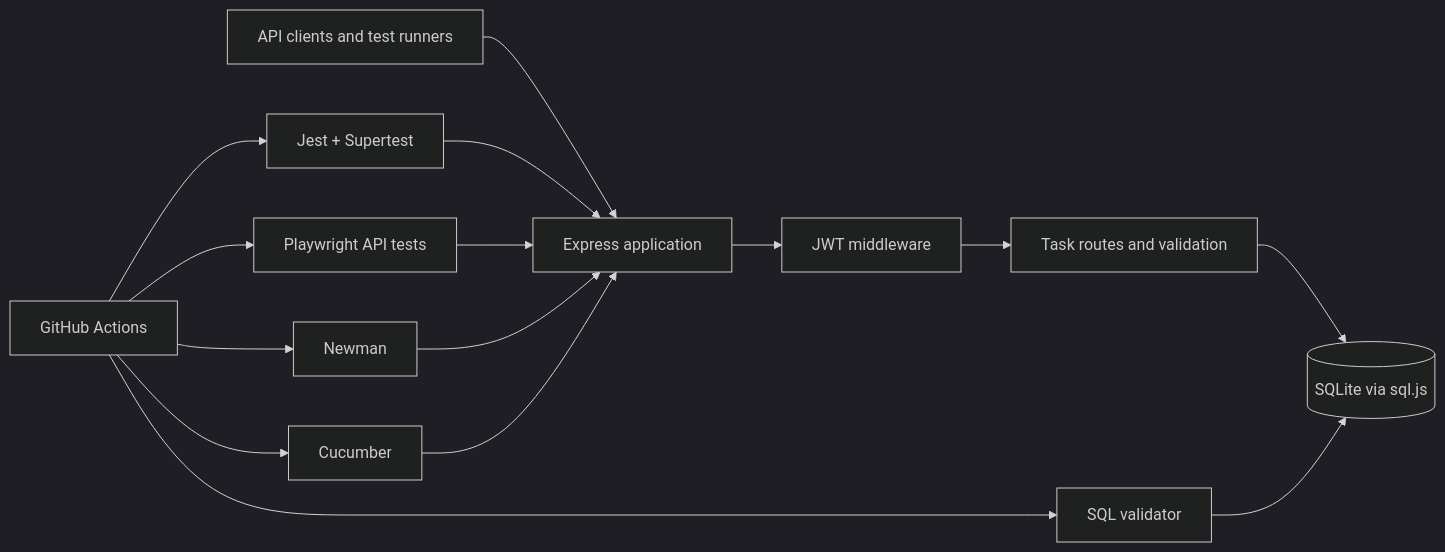
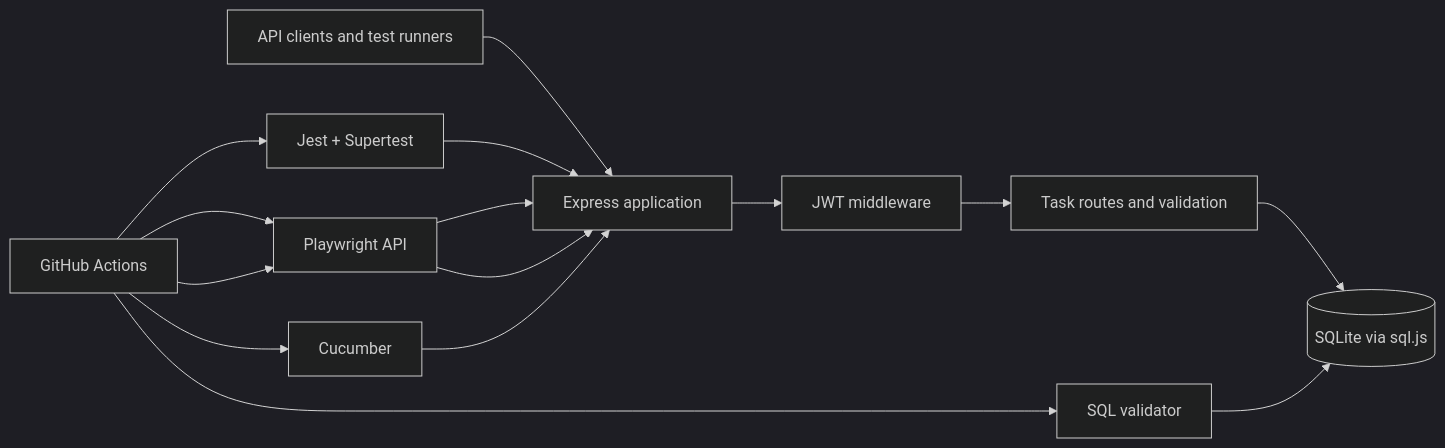
The diagram in docs/CASE_STUDY.md (Manvithagopireddy/TestingPro), drawn with Mermaid (dark theme) before and after one commit. The commit also changed other lines of this file and 10 other files, not shown here.

````diff
--- a/docs/CASE_STUDY.md
+++ b/docs/CASE_STUDY.md
@@ -12,17 +12,17 @@
 ```mermaid
 flowchart LR
   C[API clients and test runners] --> E[Express application]
   E --> A[JWT middleware]
   A --> R[Task routes and validation]
   R --> D[(SQLite via sql.js)]
   J[Jest + Supertest] --> E
   P[Playwright API tests] --> E
-  N[Newman] --> E
+  P[Playwright API] --> E
   B[Cucumber] --> E
   S[SQL validator] --> D
   G[GitHub Actions] --> J
   G --> P
-  G --> N
+  G --> P
   G --> B
   G --> S
 ```
````
